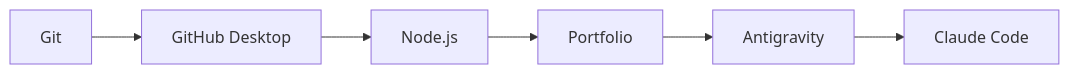
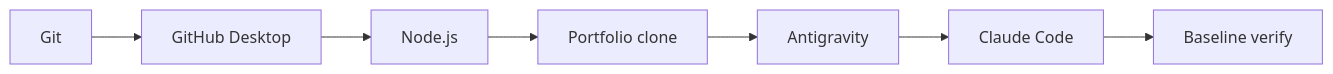
The diagram in tracks/01-first-time-setup.md (mmoptibuilds-commits/portfolio-setup), drawn with Mermaid before and after one commit. The commit also changed other lines of this file and 9 other files, not shown here.

````diff
--- a/tracks/01-first-time-setup.md
+++ b/tracks/01-first-time-setup.md
@@ -8,8 +9,9 @@
 ```mermaid
 flowchart LR
     A["Git"] --> B["GitHub Desktop"]
     B --> C["Node.js"]
-    C --> D["Portfolio"]
+    C --> D["Portfolio clone"]
     D --> E["Antigravity"]
     E --> F["Claude Code"]
+    F --> G["Baseline verify"]
 ```
````
